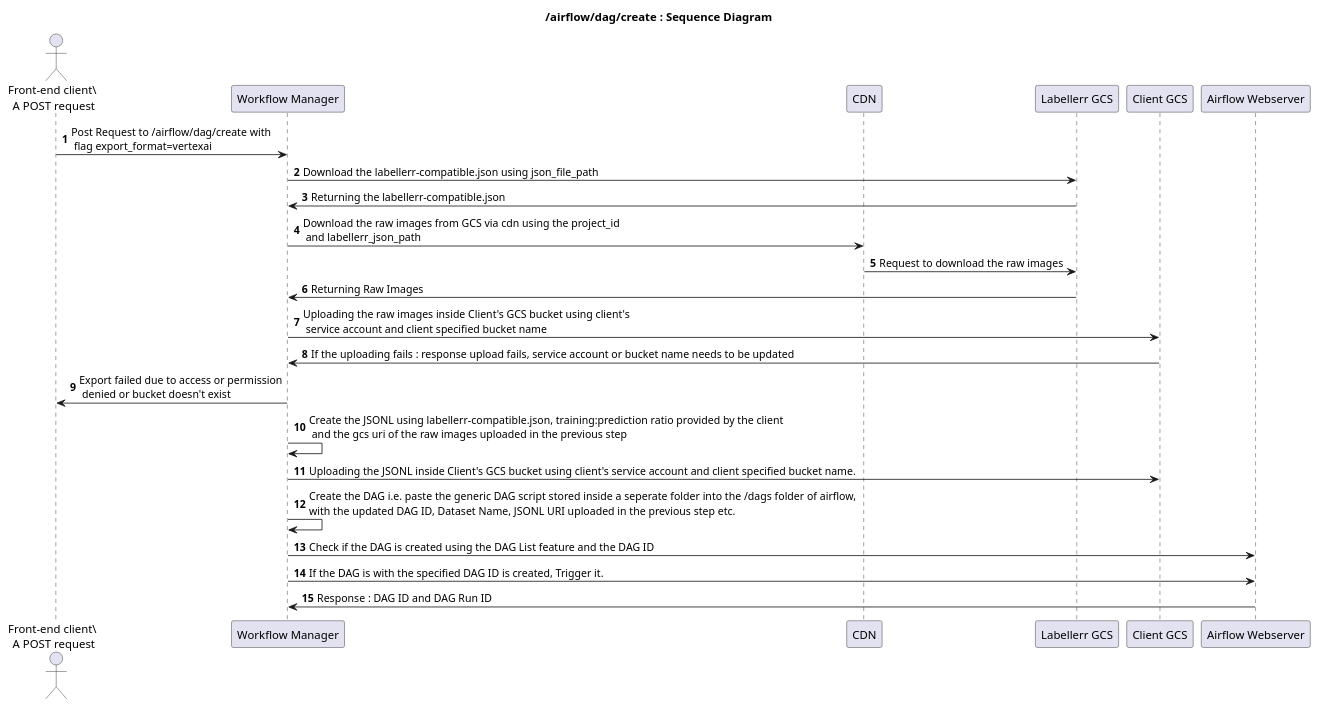
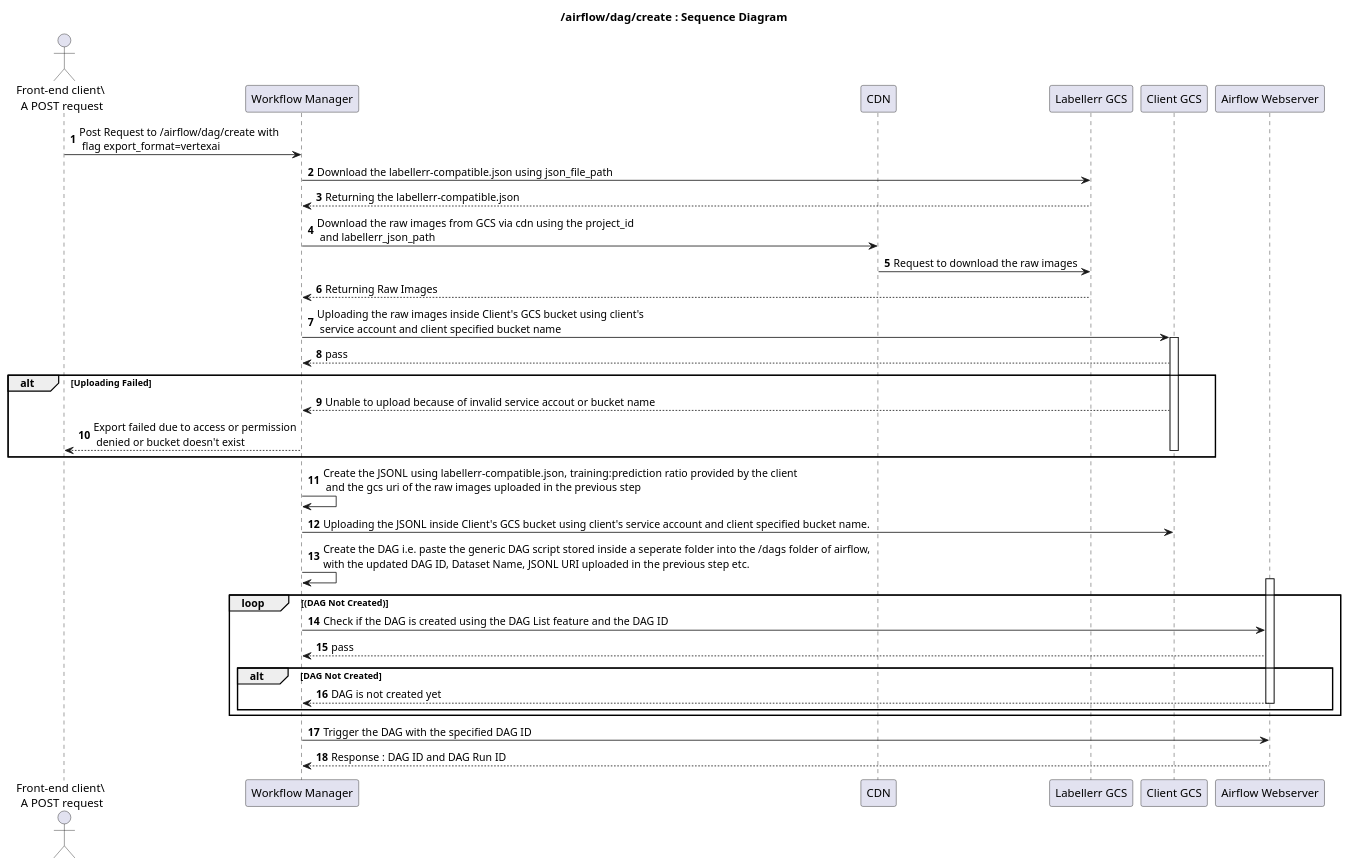
One commit to roy-sub/UML-Diagrams- changed the diagram in LABIMP-3182.puml. Above: the diagram before and after it, drawn with PlantUML.

```diff
--- a/LABIMP-3182.puml
+++ b/LABIMP-3182.puml
@@ -1,30 +1,44 @@
 @startuml
 title /airflow/dag/create : Sequence Diagram
 autonumber
 actor "Front-end client\ \nA POST request" as req
 
 participant "Workflow Manager" as endPoint
 participant "CDN" as cdn
 participant "Labellerr GCS" as gcs
 participant "Client GCS" as gcsClient
 participant "Airflow Webserver" as webserver
 
 req -> endPoint:Post Request to /airflow/dag/create with\n flag export_format=vertexai
 endPoint -> gcs:Download the labellerr-compatible.json using json_file_path
-gcs -> endPoint: Returning the labellerr-compatible.json
+gcs --> endPoint: Returning the labellerr-compatible.json
 endPoint -> cdn:Download the raw images from GCS via cdn using the project_id\n and labellerr_json_path
 cdn -> gcs: Request to download the raw images
-gcs -> endPoint: Returning Raw Images
+gcs --> endPoint: Returning Raw Images
 
 endPoint -> gcsClient: Uploading the raw images inside Client's GCS bucket using client's\n service account and client specified bucket name
-gcsClient -> endPoint: If the uploading fails : response upload fails, service account or bucket name needs to be updated
-endPoint -> req: Export failed due to access or permission\n denied or bucket doesn't exist
+activate gcsClient
+gcsClient --> endPoint: pass
+alt Uploading Failed
+    gcsClient --> endPoint: Unable to upload because of invalid service accout or bucket name
+    endPoint --> req: Export failed due to access or permission\n denied or bucket doesn't exist
+    deactivate gcsClient
+end
 
 endPoint -> endPoint: Create the JSONL using labellerr-compatible.json, training:prediction ratio provided by the client\n and the gcs uri of the raw images uploaded in the previous step
 endPoint -> gcsClient: Uploading the JSONL inside Client's GCS bucket using client's service account and client specified bucket name.
 
 endPoint -> endPoint: Create the DAG i.e. paste the generic DAG script stored inside a seperate folder into the /dags folder of airflow, \nwith the updated DAG ID, Dataset Name, JSONL URI uploaded in the previous step etc.
+
+loop (DAG Not Created)
+activate webserver
 endPoint -> webserver: Check if the DAG is created using the DAG List feature and the DAG ID
-endPoint -> webserver: If the DAG is with the specified DAG ID is created, Trigger it.
-webserver -> endPoint: Response : DAG ID and DAG Run ID
+webserver --> endPoint: pass
+alt DAG Not Created
+    webserver --> endPoint: DAG is not created yet
+    deactivate webserver
+end
+end
+endPoint -> webserver: Trigger the DAG with the specified DAG ID
+webserver --> endPoint: Response : DAG ID and DAG Run ID
 @enduml
```
